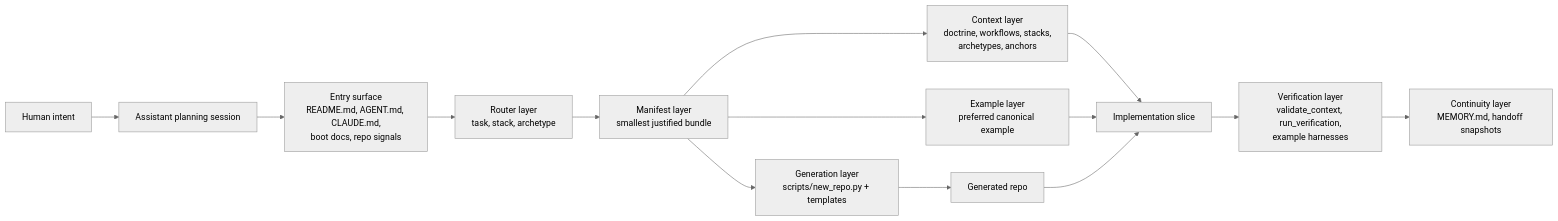
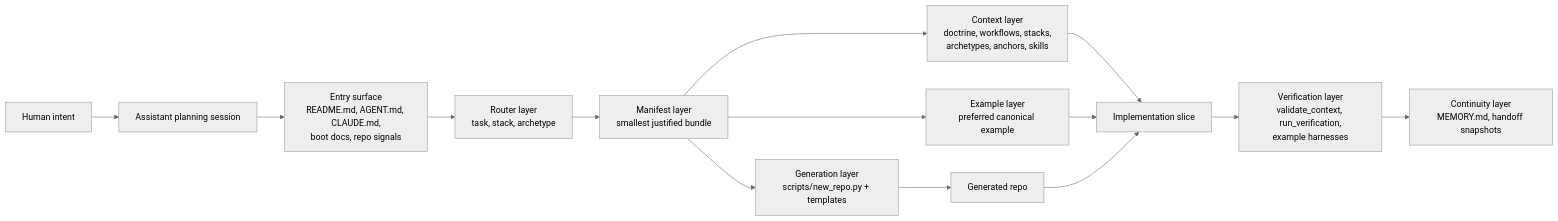
The first of 6 diagrams in docs/ARCHITECTURE_MAP.md (someflydev/agent-context-base), drawn with Mermaid (neutral theme) before and after one commit. The commit also changed other lines of this file and 2 other files, not shown here.

First line of the commit message:
[PROMPT_69] Batch 1: ARCHITECTURE_MAP.md — fix three stale diagram nodes

````diff
--- a/docs/ARCHITECTURE_MAP.md
+++ b/docs/ARCHITECTURE_MAP.md
@@ -9,16 +9,16 @@
 ```mermaid
 flowchart LR
     A[Human intent] --> B[Assistant planning session]
     B --> C[Entry surface<br/>README.md, AGENT.md, CLAUDE.md,<br/>boot docs, repo signals]
     C --> D[Router layer<br/>task, stack, archetype]
     D --> E[Manifest layer<br/>smallest justified bundle]
-    E --> F[Context layer<br/>doctrine, workflows, stacks,<br/>archetypes, anchors]
+    E --> F[Context layer<br/>doctrine, workflows, stacks,<br/>archetypes, anchors, skills]
     E --> G[Example layer<br/>preferred canonical example]
     F --> H[Implementation slice]
     G --> H
     E --> I[Generation layer<br/>scripts/new_repo.py + templates]
     I --> J[Generated repo]
     J --> H
     H --> K[Verification layer<br/>validate_context, run_verification,<br/>example harnesses]
     K --> L[Continuity layer<br/>MEMORY.md, handoff snapshots]
 ```
````
